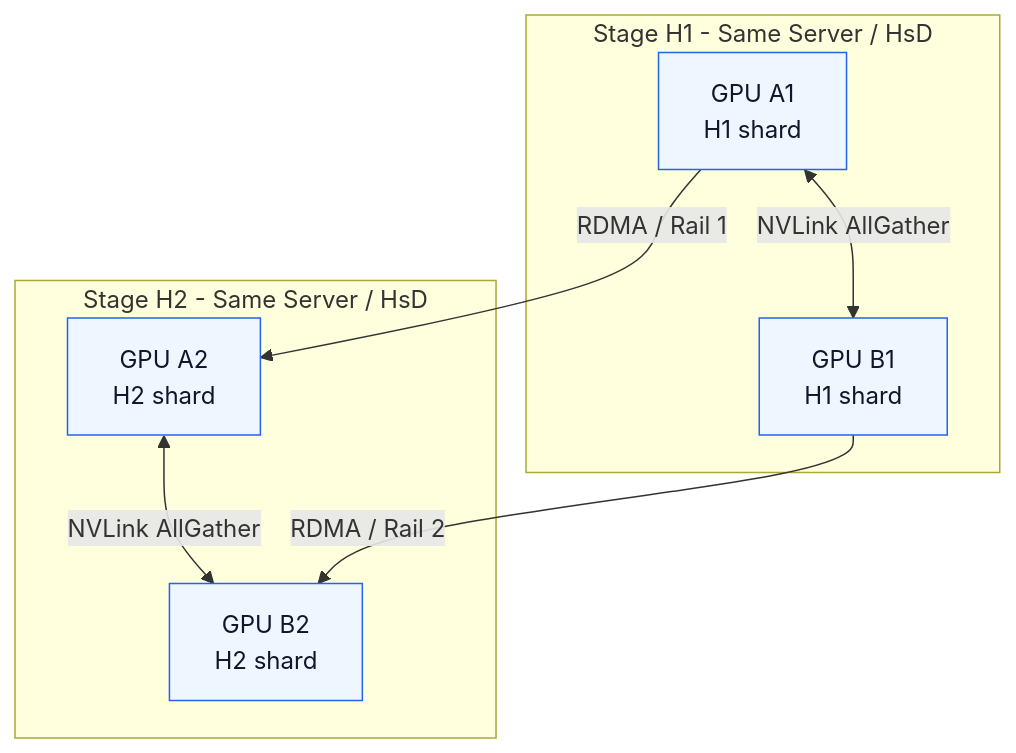
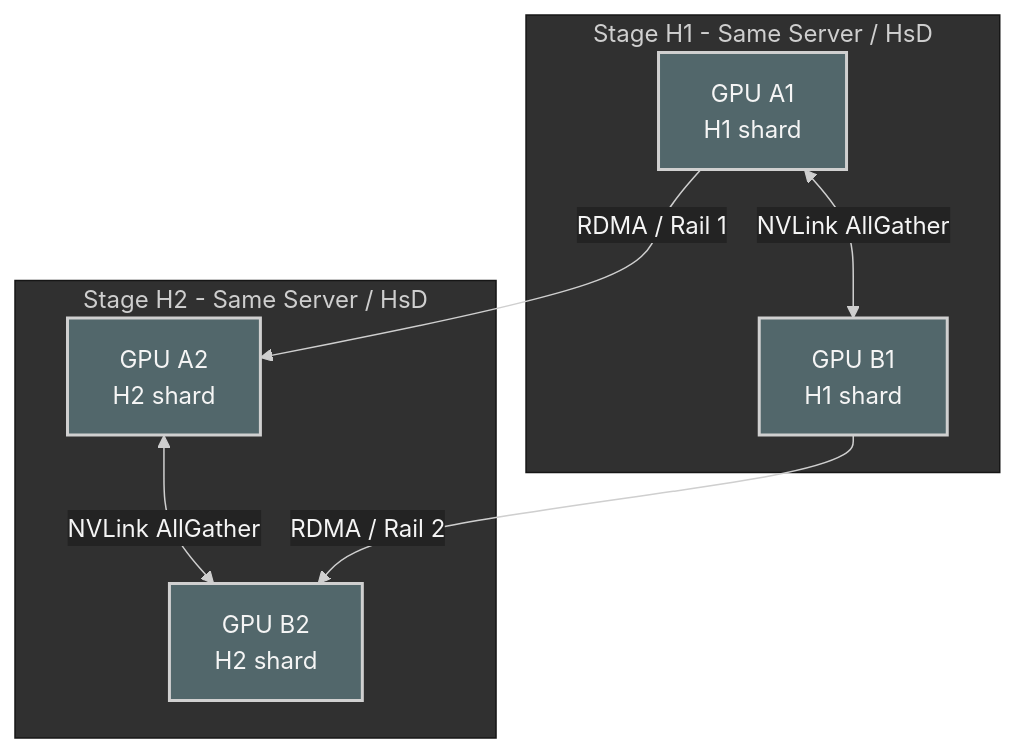
The eighth of 12 diagrams in deep-learning-for-network-engineers/week03/README.md (ziwon/ai-data-center-network), drawn with Mermaid before and after one commit. The commit also changed other lines of this file and 35 other files, not shown here.

Commit message:
docs(mermaid): apply dark diagram style

````diff
--- a/deep-learning-for-network-engineers/week03/README.md
+++ b/deep-learning-for-network-engineers/week03/README.md
@@ -420,21 +427,22 @@
 ```mermaid
+%%{init: {"theme": "base", "themeVariables": {"background": "#171717", "primaryColor": "#232323", "primaryTextColor": "#f5f5f5", "primaryBorderColor": "#d0d0d0", "lineColor": "#cfcfcf", "fontFamily": "Inter, Arial, sans-serif"}}}%%
 flowchart TB
-    classDef hsd fill:#ecfdf5,stroke:#059669,color:#064e3b
-    classDef net fill:#fff7ed,stroke:#ea580c,color:#7c2d12
-    classDef gpu fill:#eef6ff,stroke:#2563eb,color:#0f172a
+    classDef hsd fill:#3b2f20,stroke:#d0d0d0,color:#f5f5f5,stroke-width:2px;
+    classDef net fill:#62164d,stroke:#d0d0d0,color:#f5f5f5,stroke-width:2px;
+    classDef gpu fill:#52676b,stroke:#d0d0d0,color:#f5f5f5,stroke-width:2px;
 
     subgraph H1["Stage H1 - Same Server / HsD"]
         A1[GPU A1<br/>H1 shard]:::gpu
         B1[GPU B1<br/>H1 shard]:::gpu
         A1 <-->|NVLink AllGather| B1
     end
 
     subgraph H2["Stage H2 - Same Server / HsD"]
         A2[GPU A2<br/>H2 shard]:::gpu
         B2[GPU B2<br/>H2 shard]:::gpu
         A2 <-->|NVLink AllGather| B2
     end
 
     A1 -->|RDMA / Rail 1| A2
     B1 -->|RDMA / Rail 2| B2
 ```
````
